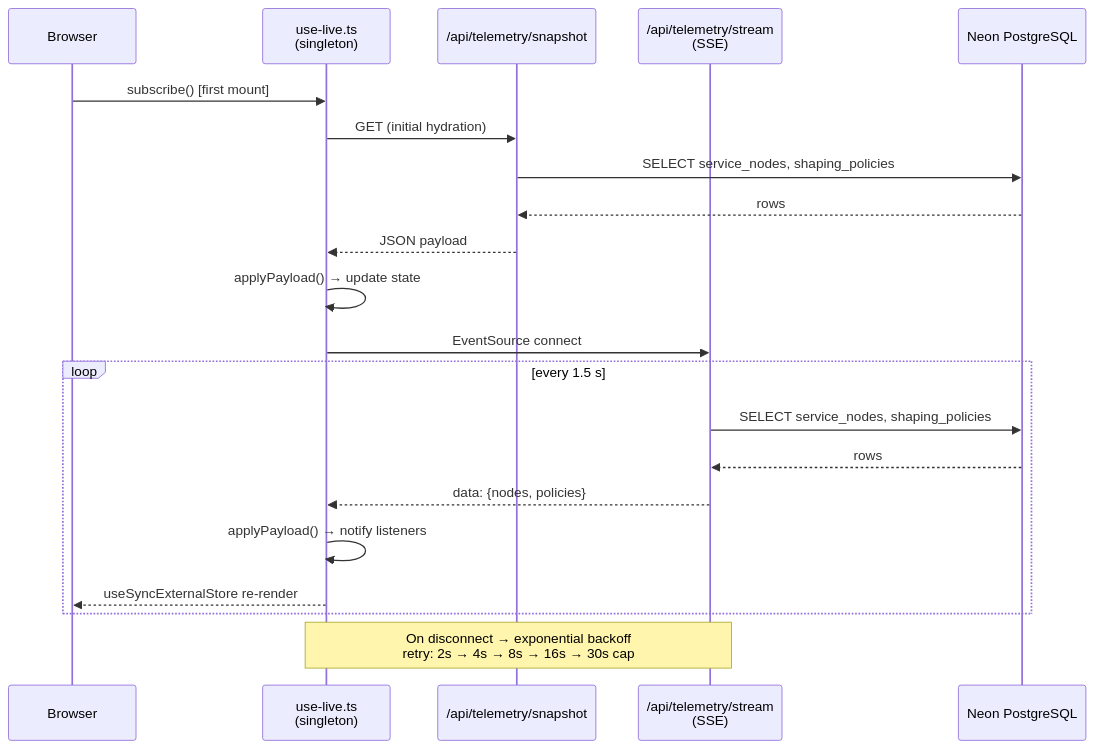
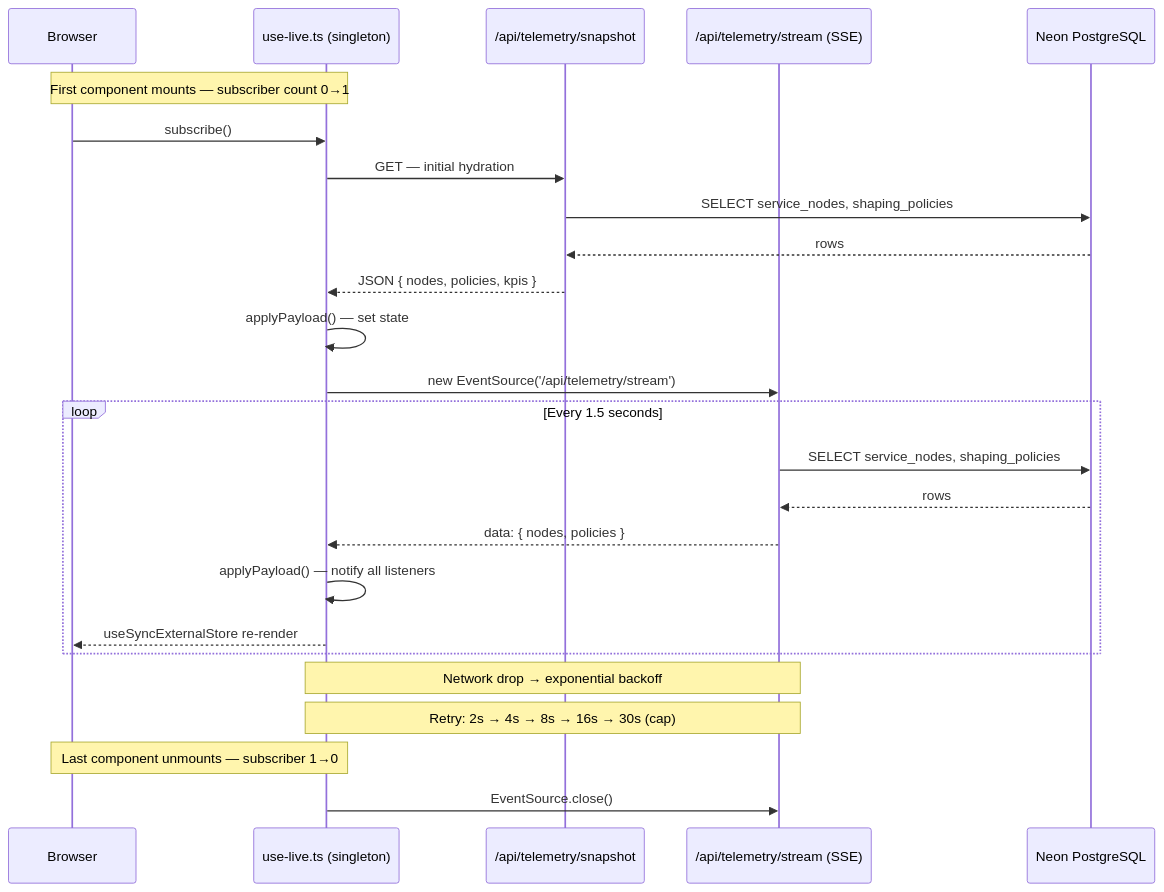
One commit to BugHunterX2101/SentinalGateway changed the second of 7 diagrams in README.md. Above: the diagram before and after it, drawn with Mermaid. The commit also changed other lines of this file, not shown here.

Commit message:
docs: complete README redesign with detailed architecture diagrams, full file structure, API reference, and design system docs

````diff
--- a/README.md
+++ b/README.md
@@ -126,26 +150,33 @@
 ```mermaid
 sequenceDiagram
     participant Browser
-    participant Hook as use-live.ts<br/>(singleton)
+    participant Hook as use-live.ts (singleton)
     participant Snap as /api/telemetry/snapshot
-    participant SSE as /api/telemetry/stream<br/>(SSE)
+    participant SSE as /api/telemetry/stream (SSE)
     participant DB as Neon PostgreSQL
 
-    Browser->>Hook: subscribe() [first mount]
-    Hook->>Snap: GET (initial hydration)
+    Note over Browser,Hook: First component mounts — subscriber count 0→1
+
+    Browser->>Hook: subscribe()
+    Hook->>Snap: GET — initial hydration
     Snap->>DB: SELECT service_nodes, shaping_policies
     DB-->>Snap: rows
-    Snap-->>Hook: JSON payload
-    Hook->>Hook: applyPayload() → update state
+    Snap-->>Hook: JSON { nodes, policies, kpis }
+    Hook->>Hook: applyPayload() — set state
 
-    Hook->>SSE: EventSource connect
-    loop every 1.5 s
+    Hook->>SSE: new EventSource('/api/telemetry/stream')
+
+    loop Every 1.5 seconds
         SSE->>DB: SELECT service_nodes, shaping_policies
         DB-->>SSE: rows
-        SSE-->>Hook: data: {nodes, policies}
-        Hook->>Hook: applyPayload() → notify listeners
+        SSE-->>Hook: data: { nodes, policies }
+        Hook->>Hook: applyPayload() — notify all listeners
         Hook-->>Browser: useSyncExternalStore re-render
     end
 
-    Note over Hook,SSE: On disconnect → exponential backoff<br/>retry: 2s → 4s → 8s → 16s → 30s cap
+    Note over Hook,SSE: Network drop → exponential backoff
+    Note over Hook,SSE: Retry: 2s → 4s → 8s → 16s → 30s (cap)
+
+    Note over Browser,Hook: Last component unmounts — subscriber 1→0
+    Hook->>SSE: EventSource.close()
 ```
````
